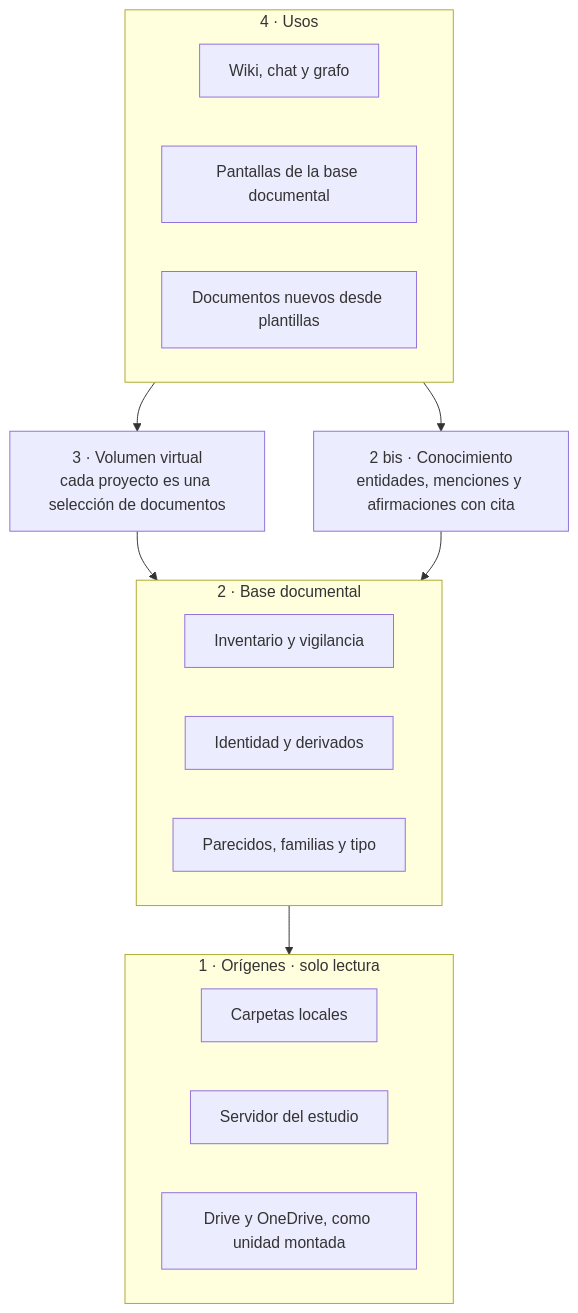
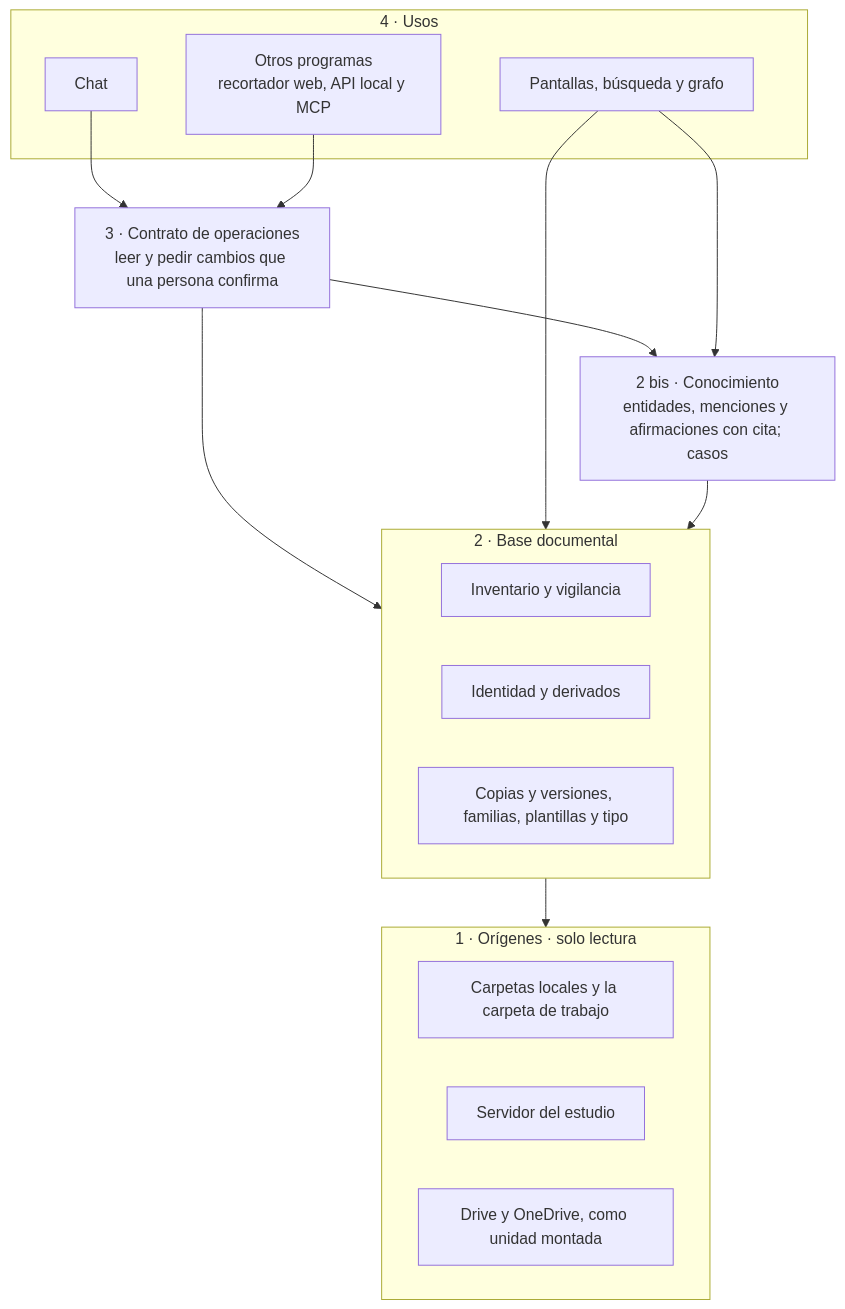
The second of 7 diagrams in docs/design/base-documental.md (Micelya/llm_wiki), drawn with Mermaid before and after one commit. The commit also changed other lines of this file and 7 other files, not shown here.

````diff
--- a/docs/design/base-documental.md
+++ b/docs/design/base-documental.md
@@ -65,22 +66,27 @@
 ```mermaid
 flowchart TB
     subgraph U["4 · Usos"]
-        W[Wiki, chat y grafo]
-        P[Pantallas de la base documental]
-        G[Documentos nuevos desde plantillas]
+        P[Pantallas, búsqueda y grafo]
+        W[Chat]
+        X[Otros programas<br/>recortador web, API local y MCP]
     end
-    V["3 · Volumen virtual<br/>cada proyecto es una selección de documentos"]
-    K["2 bis · Conocimiento<br/>entidades, menciones y afirmaciones con cita"]
+    OP["3 · Contrato de operaciones<br/>leer y pedir cambios que una persona confirma"]
+    K["2 bis · Conocimiento<br/>entidades, menciones y afirmaciones con cita; casos"]
     subgraph B["2 · Base documental"]
         I[Inventario y vigilancia]
         D[Identidad y derivados]
-        R[Parecidos, familias y tipo]
+        R[Copias y versiones, familias, plantillas y tipo]
     end
     subgraph O["1 · Orígenes · solo lectura"]
-        L[Carpetas locales]
+        L[Carpetas locales y la carpeta de trabajo]
         S[Servidor del estudio]
         C[Drive y OneDrive, como unidad montada]
     end
-    U --> V --> B --> O
-    U --> K --> B
+    W --> OP
+    X --> OP
+    OP --> K
+    OP --> B
+    P --> K
+    P --> B
+    K --> B --> O
 ```
````
